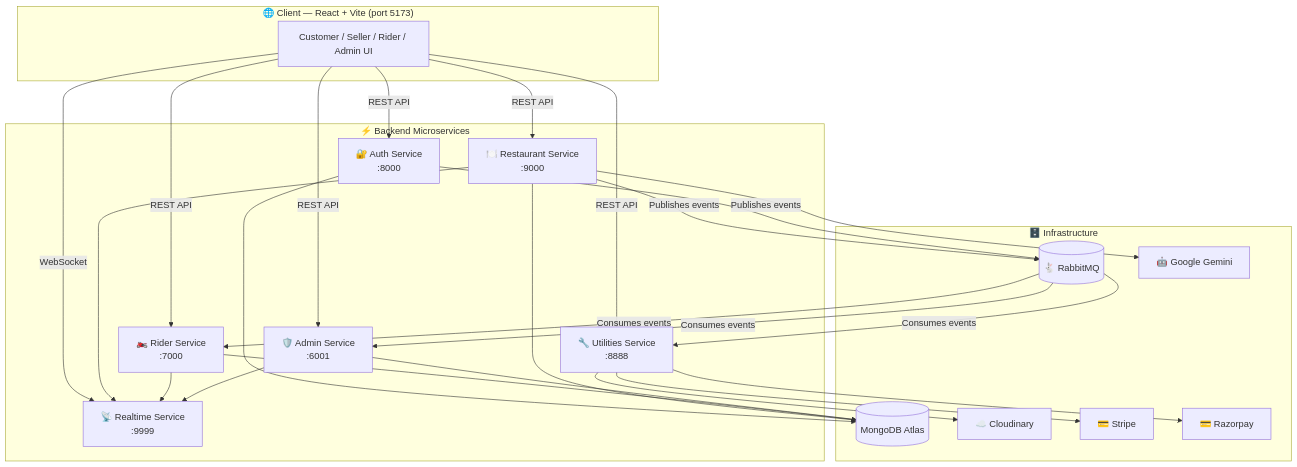
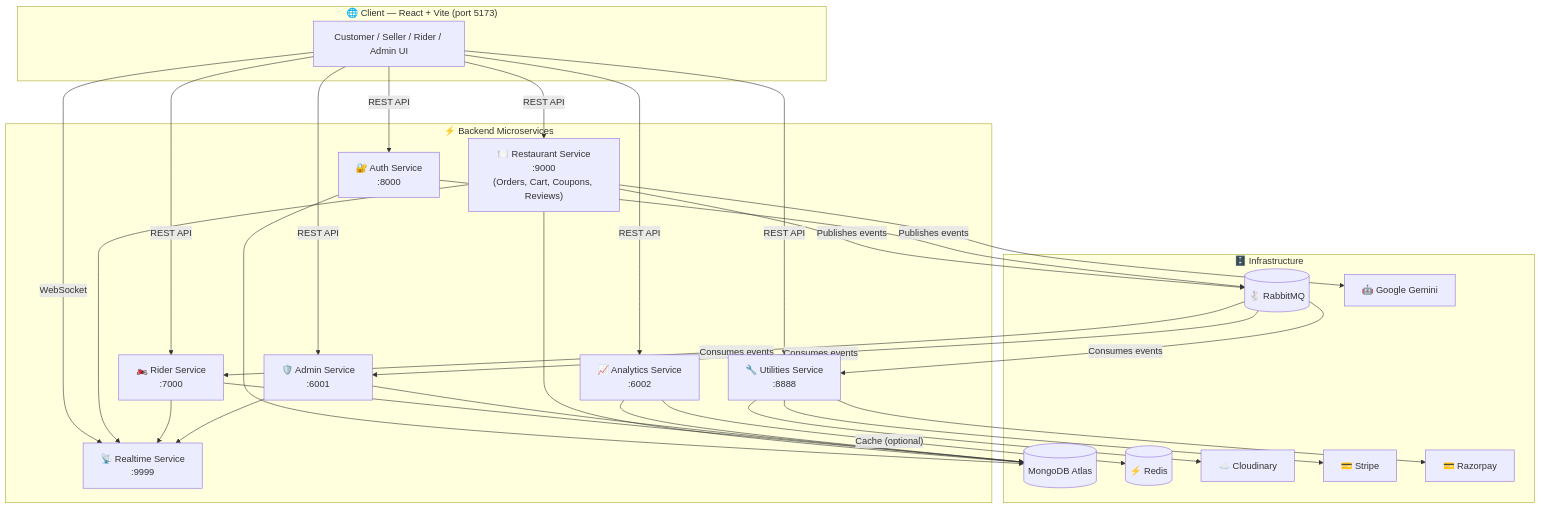
The second of 2 diagrams in README.md (samratmallick-dev/kravix-food-delivery-application), drawn with Mermaid before and after one commit. The commit also changed other lines of this file, not shown here.

First line of the commit message:
docs: update README to reflect analytics, coupon, and review system additions

````diff
--- a/README.md
+++ b/README.md
@@ -616,51 +672,57 @@
 ```mermaid
 graph TB
     subgraph Client["🌐 Client — React + Vite (port 5173)"]
         UI[Customer / Seller / Rider / Admin UI]
     end
 
     subgraph Gateway["⚡ Backend Microservices"]
         AUTH["🔐 Auth Service<br/>:8000"]
-        REST["🍽️ Restaurant Service<br/>:9000"]
+        REST["🍽️ Restaurant Service<br/>:9000<br/>(Orders, Cart, Coupons, Reviews)"]
         RIDER["🏍️ Rider Service<br/>:7000"]
         ADMIN["🛡️ Admin Service<br/>:6001"]
+        ANALYTICS["📈 Analytics Service<br/>:6002"]
         UTIL["🔧 Utilities Service<br/>:8888"]
         RT["📡 Realtime Service<br/>:9999"]
     end
 
     subgraph Infra["🗄️ Infrastructure"]
         MONGO[(MongoDB Atlas)]
         RABBIT[("🐇 RabbitMQ")]
+        REDIS[("⚡ Redis")]
         CLOUD["☁️ Cloudinary"]
         STRIPE["💳 Stripe"]
         RAZORPAY["💳 Razorpay"]
         GEMINI["🤖 Google Gemini"]
     end
 
     UI -- "REST API" --> AUTH
     UI -- "REST API" --> REST
     UI -- "REST API" --> RIDER
     UI -- "REST API" --> ADMIN
+    UI -- "REST API" --> ANALYTICS
     UI -- "REST API" --> UTIL
     UI -- "WebSocket" --> RT
 
     AUTH --> MONGO
     REST --> MONGO
     RIDER --> MONGO
     ADMIN --> MONGO
+    ANALYTICS --> MONGO
+
+    ANALYTICS -- "Cache (optional)" --> REDIS
 
     REST -- "Publishes events" --> RABBIT
     AUTH -- "Publishes events" --> RABBIT
     RABBIT -- "Consumes events" --> RIDER
     RABBIT -- "Consumes events" --> ADMIN
     RABBIT -- "Consumes events" --> UTIL
 
     REST --> RT
     RIDER --> RT
     ADMIN --> RT
 
     UTIL --> CLOUD
     UTIL --> STRIPE
     UTIL --> RAZORPAY
     REST --> GEMINI
 ```
````
